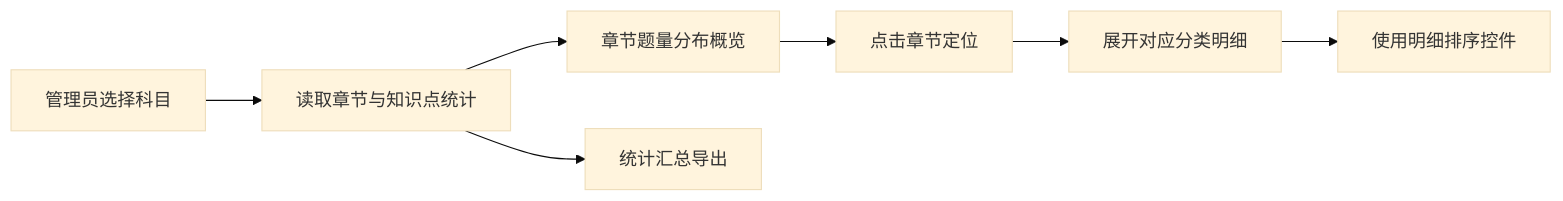
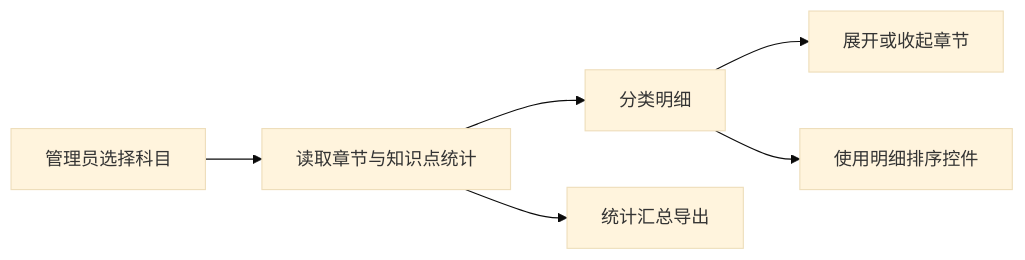
Before and after one commit to ddll8023/408web: the fifth of 5 diagrams in doc/模块说明文档.md, drawn with Mermaid (base theme). The commit also changed other lines of this file and 3 other files, not shown here.

````diff
--- a/doc/模块说明文档.md
+++ b/doc/模块说明文档.md
@@ -405,9 +404,8 @@
 ```mermaid
 flowchart LR
     A[管理员选择科目] --> B[读取章节与知识点统计]
-    B --> C[章节题量分布概览]
-    C --> D[点击章节定位]
-    D --> E[展开对应分类明细]
-    E --> F[使用明细排序控件]
-    B --> G[统计汇总导出]
+    B --> C[分类明细]
+    C --> D[展开或收起章节]
+    C --> E[使用明细排序控件]
+    B --> F[统计汇总导出]
 ```
````
